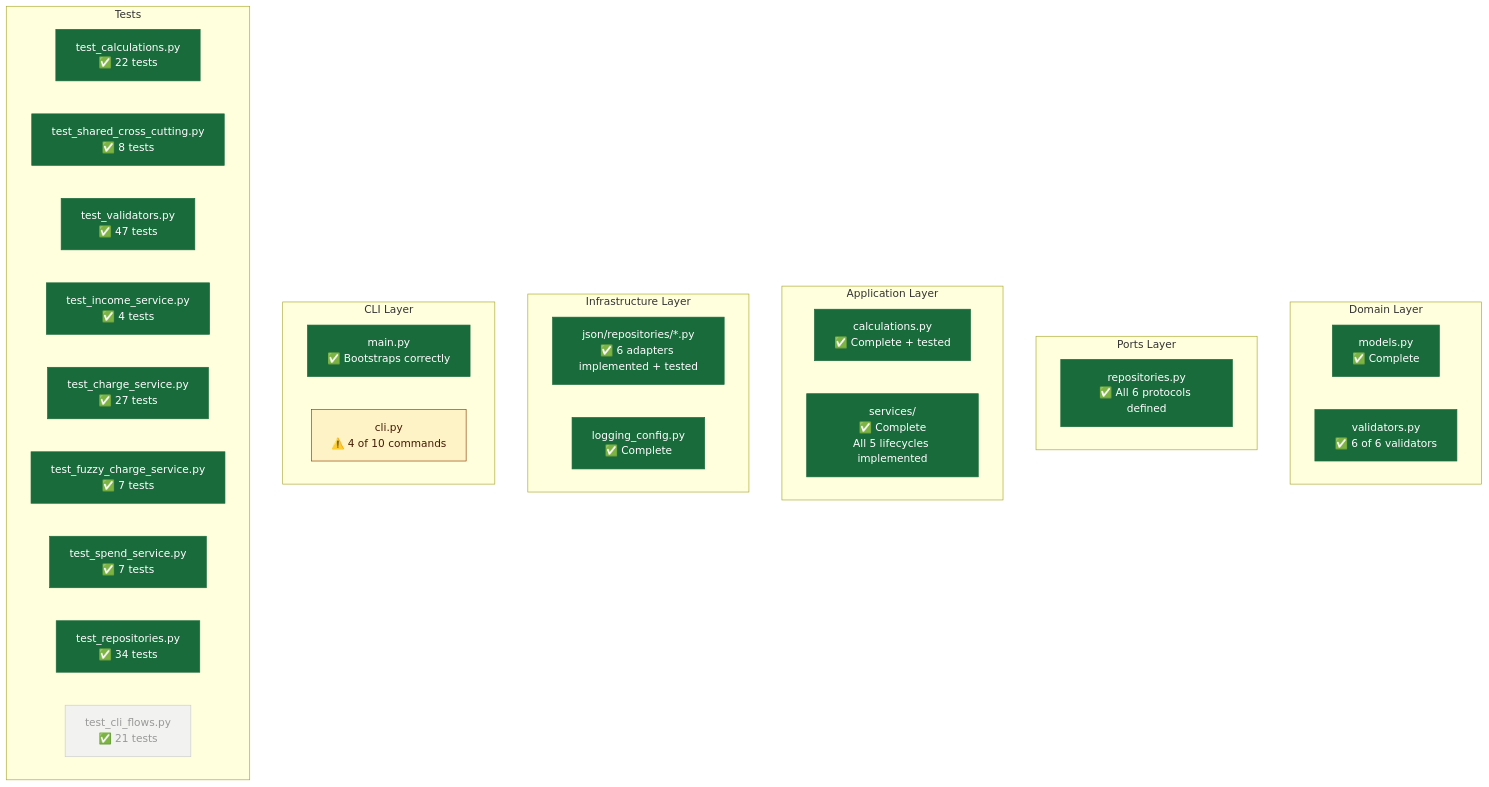
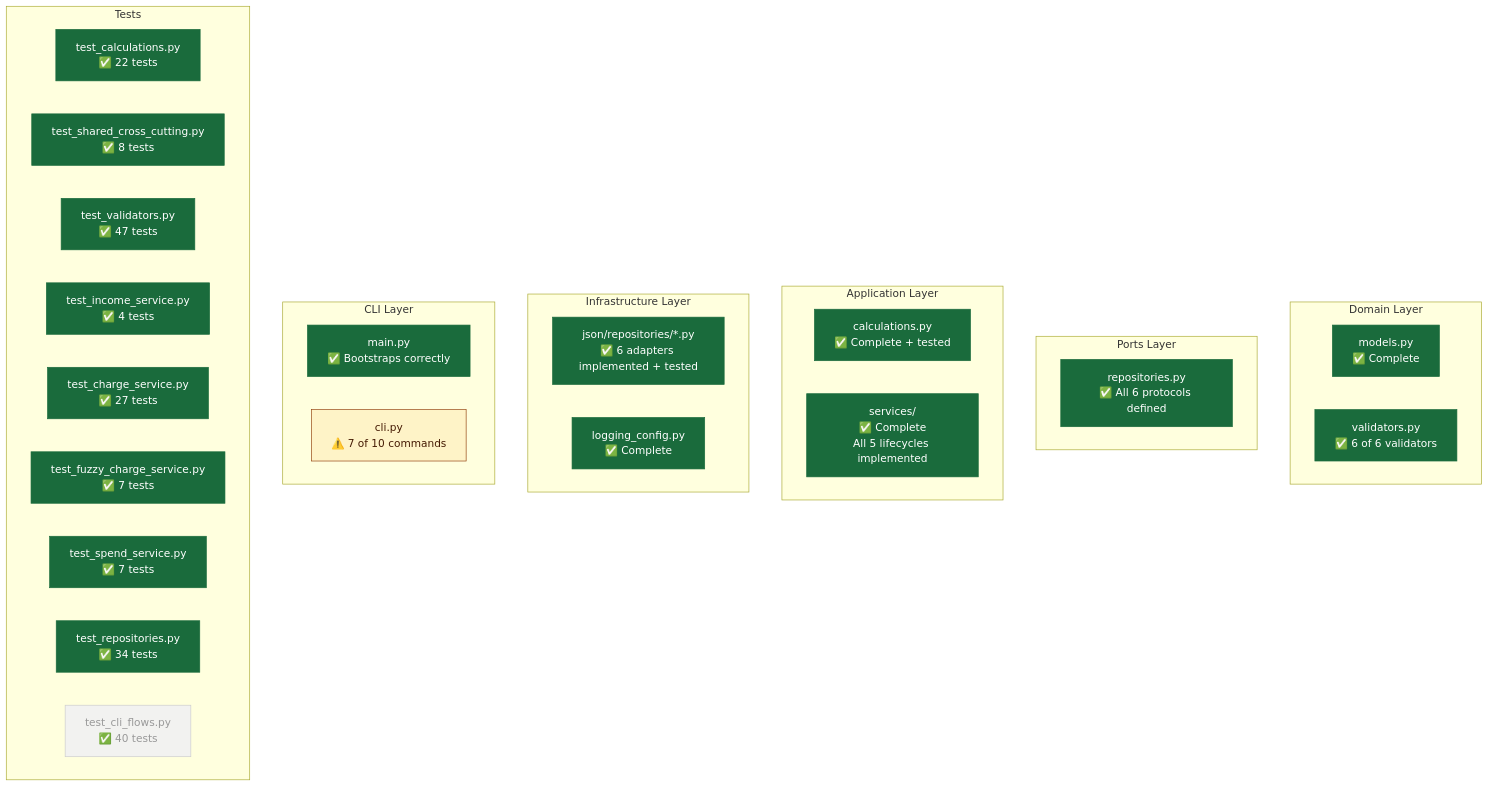
One commit to MoaminShikha/student-expense-tracker changed diagram 12 of 25 in Docs/stage1_implementation_status.md. Above: the diagram before and after it, drawn with Mermaid. The commit also changed other lines of this file and 4 other files, not shown here.

First line of the commit message:
feat(cli): wire fuzzy resolve and discard commands

````diff
--- a/Docs/stage1_implementation_status.md
+++ b/Docs/stage1_implementation_status.md
@@ -431,59 +431,59 @@
 ```mermaid
 graph TD
     subgraph layer_domain["Domain Layer"]
         M["models.py\n✅ Complete"]
         V["validators.py\n✅ 6 of 6 validators"]
     end
 
     subgraph layer_ports["Ports Layer"]
         R["repositories.py\n✅ All 6 protocols defined"]
     end
 
     subgraph layer_app["Application Layer"]
         C["calculations.py\n✅ Complete + tested"]
         S["services/\n✅ Complete\nAll 5 lifecycles implemented"]
     end
 
     subgraph layer_infra["Infrastructure Layer"]
         J["json/repositories/*.py\n✅ 6 adapters implemented + tested"]
         L["logging_config.py\n✅ Complete"]
     end
 
     subgraph layer_cli["CLI Layer"]
         Main["main.py\n✅ Bootstraps correctly"]
-        Cli["cli.py\n⚠️ 4 of 10 commands"]
+        Cli["cli.py\n⚠️ 7 of 10 commands"]
     end
 
     subgraph layer_tests["Tests"]
         T1["test_calculations.py\n✅ 22 tests"]
         T2["test_shared_cross_cutting.py\n✅ 8 tests"]
         T3["test_validators.py\n✅ 47 tests"]
         T4["test_income_service.py\n✅ 4 tests"]
         T5["test_charge_service.py\n✅ 27 tests"]
         T6["test_fuzzy_charge_service.py\n✅ 7 tests"]
         T7["test_spend_service.py\n✅ 7 tests"]
         T8["test_repositories.py\n✅ 34 tests"]
-        T9["test_cli_flows.py\n✅ 21 tests"]
+        T9["test_cli_flows.py\n✅ 40 tests"]
     end
 
     style M fill:#1a6b3c,color:#fff,stroke:#1a6b3c
     style R fill:#1a6b3c,color:#fff,stroke:#1a6b3c
     style C fill:#1a6b3c,color:#fff,stroke:#1a6b3c
     style J fill:#1a6b3c,color:#fff,stroke:#1a6b3c
     style L fill:#1a6b3c,color:#fff,stroke:#1a6b3c
     style Main fill:#1a6b3c,color:#fff,stroke:#1a6b3c
     style T1 fill:#1a6b3c,color:#fff,stroke:#1a6b3c
     style T2 fill:#1a6b3c,color:#fff,stroke:#1a6b3c
     style T3 fill:#1a6b3c,color:#fff,stroke:#1a6b3c
     style T4 fill:#1a6b3c,color:#fff,stroke:#1a6b3c
     style T5 fill:#1a6b3c,color:#fff,stroke:#1a6b3c
     style T6 fill:#1a6b3c,color:#fff,stroke:#1a6b3c
     style T7 fill:#1a6b3c,color:#fff,stroke:#1a6b3c
     style V fill:#1a6b3c,color:#fff,stroke:#1a6b3c
     style S fill:#1a6b3c,color:#fff,stroke:#1a6b3c
     style T6 fill:#1a6b3c,color:#fff,stroke:#1a6b3c
     style T7 fill:#1a6b3c,color:#fff,stroke:#1a6b3c
     style T8 fill:#1a6b3c,color:#fff,stroke:#1a6b3c
     style Cli fill:#fef3c7,stroke:#92400e,color:#451a03
     style T9 fill:#f2f2f0,stroke:#ccc,color:#999
 ```
````
